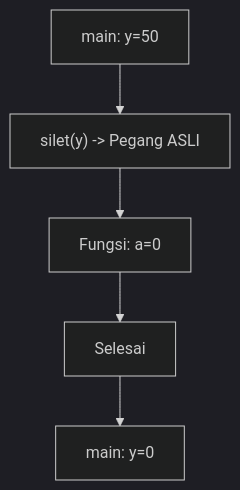
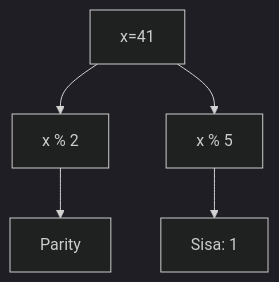
One commit to amnahwaida/OSNK_INF_PREP changed diagram 11 of 25 in part-c-pemahaman-cpp/04-fungsi/latihan/set-09.md. Above: the diagram before and after it, drawn with Mermaid (dark theme). The commit also changed other lines of this file and 71 other files, not shown here.

````diff
--- a/part-c-pemahaman-cpp/04-fungsi/latihan/set-09.md
+++ b/part-c-pemahaman-cpp/04-fungsi/latihan/set-09.md
@@ -450,7 +317,7 @@
 ```mermaid
 graph TD
-    A[main: y=50] --> B["silet(y) -> Pegang ASLI"]
-    B --> C[Fungsi: a=0]
-    C --> D[Selesai]
-    D --> E[main: y=0]
+A[x=41] --> B[x % 2]
+B --> C[Parity]
+A --> D[x % 5]
+D --> E[Sisa: 1]
 ```
````
